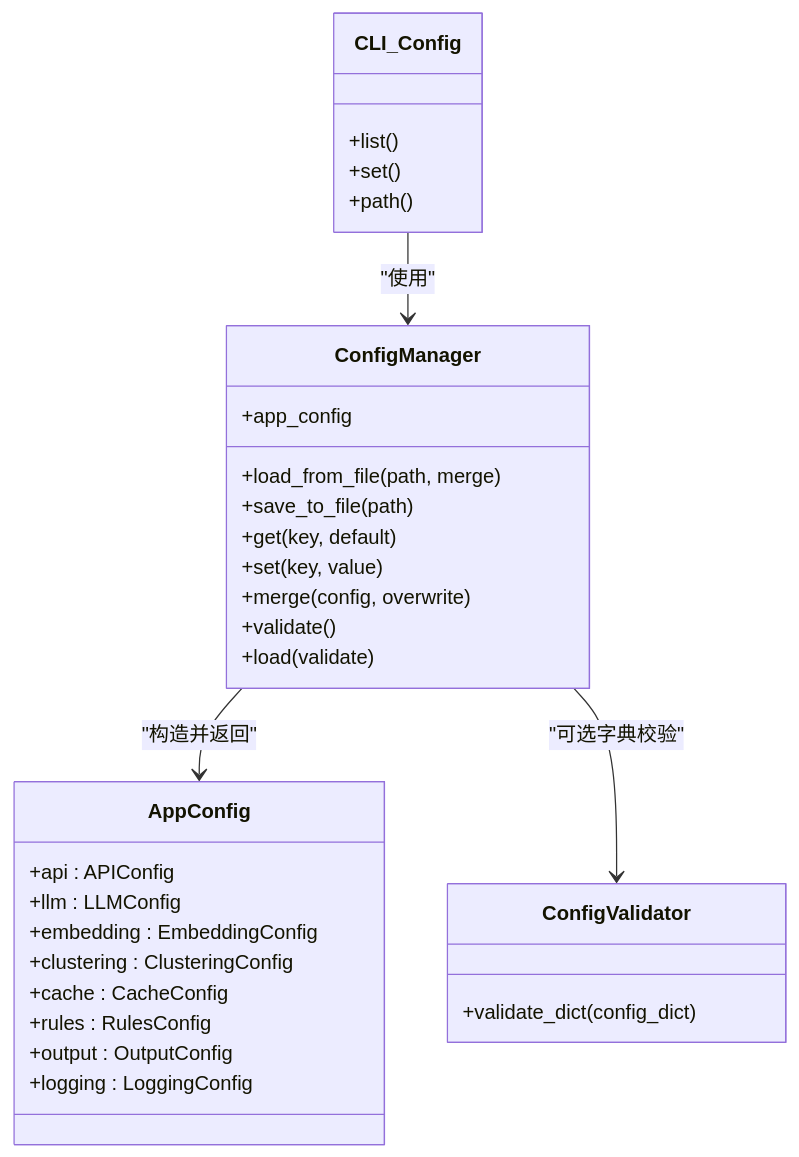
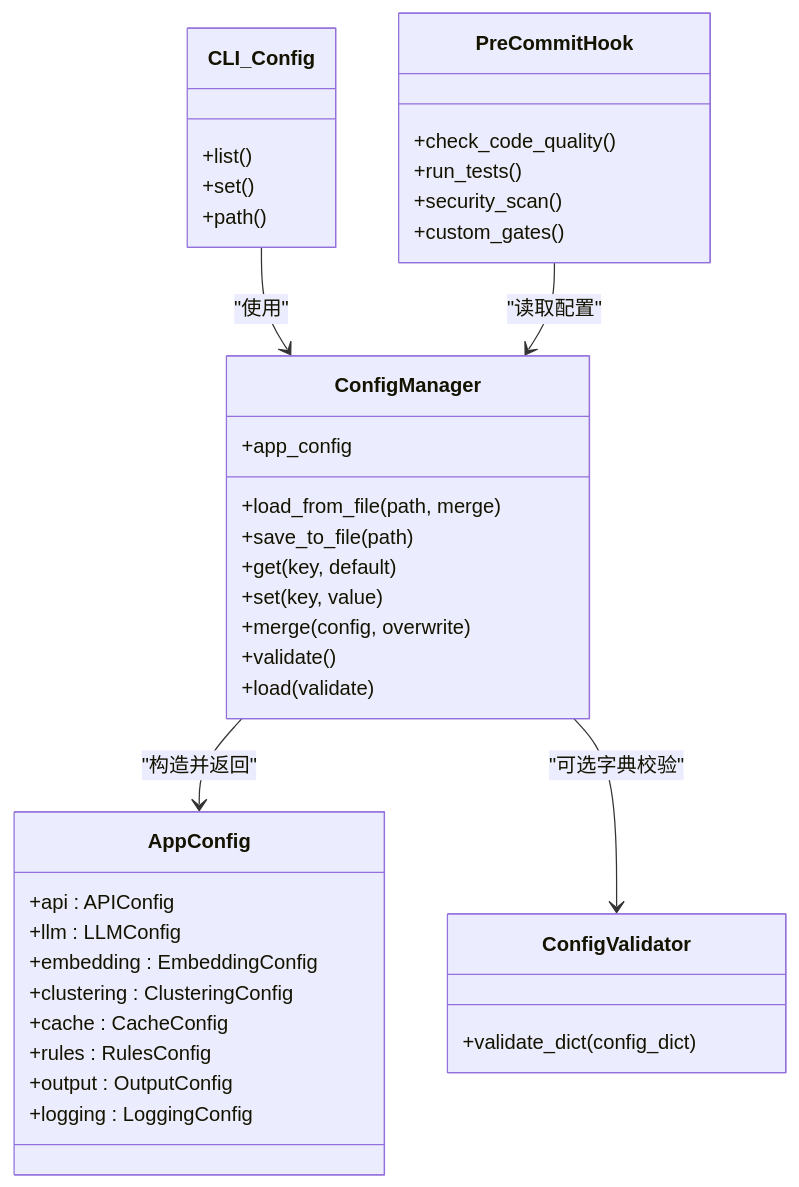
One commit to boyingliu01/fault-review-analyzer changed the fourth of 4 diagrams in .qoder/repowiki/zh/content/配置管理.md. Above: the diagram before and after it, drawn with Mermaid. The commit also changed other lines of this file and 30 other files, not shown here.

````diff
--- a/.qoder/repowiki/zh/content/配置管理.md
+++ b/.qoder/repowiki/zh/content/配置管理.md
@@ -222,34 +295,41 @@
 ```mermaid
 classDiagram
 class ConfigManager {
 +load_from_file(path, merge)
 +save_to_file(path)
 +get(key, default)
 +set(key, value)
 +merge(config, overwrite)
 +validate()
 +load(validate)
 +app_config
 }
 class AppConfig {
 +api : APIConfig
 +llm : LLMConfig
 +embedding : EmbeddingConfig
 +clustering : ClusteringConfig
 +cache : CacheConfig
 +rules : RulesConfig
 +output : OutputConfig
 +logging : LoggingConfig
 }
 class ConfigValidator {
 +validate_dict(config_dict)
 }
 class CLI_Config {
 +list()
 +set()
 +path()
 }
+class PreCommitHook {
++check_code_quality()
++run_tests()
++security_scan()
++custom_gates()
+}
 ConfigManager --> AppConfig : "构造并返回"
 ConfigManager --> ConfigValidator : "可选字典校验"
 CLI_Config --> ConfigManager : "使用"
+PreCommitHook --> ConfigManager : "读取配置"
 ```
````
